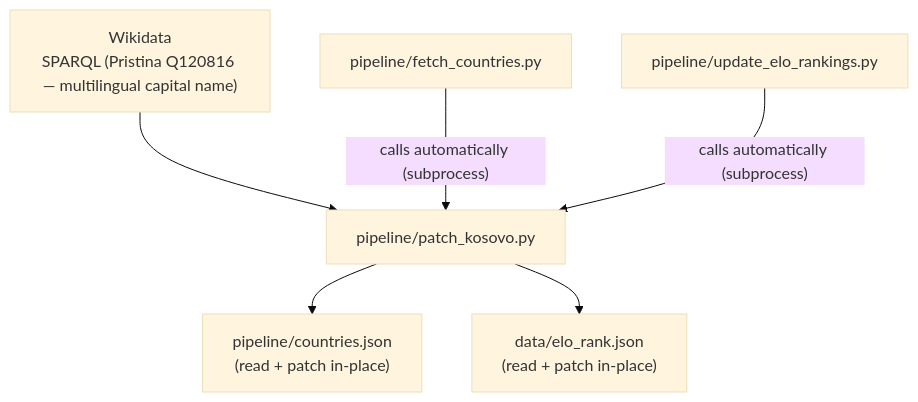
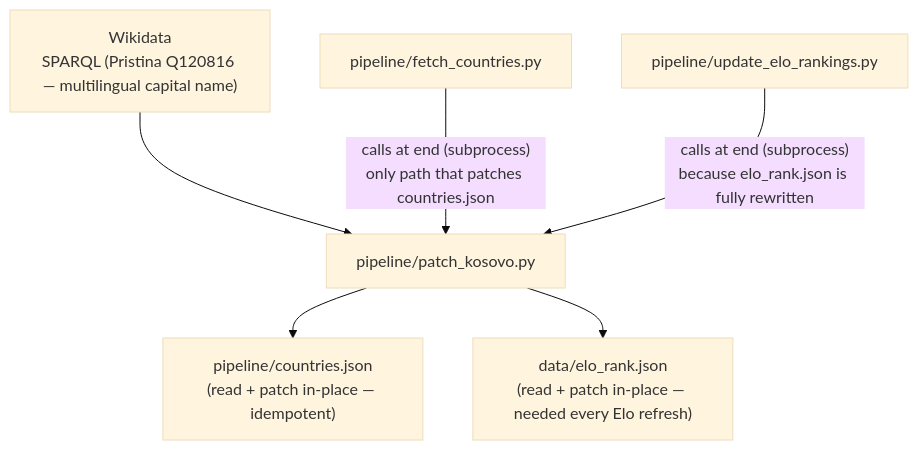
The diagram in patch_kosovo.md (born-in-plays-for/mundial-build), drawn with Mermaid (base theme) before and after one commit. The commit also changed other lines of this file, not shown here.

Commit message:
docs: heavily expand patch_kosovo.md — explain dual motivation and call order

````diff
--- a/patch_kosovo.md
+++ b/patch_kosovo.md
@@ -3,19 +48,17 @@
 ```mermaid
 flowchart TD
     WD["Wikidata\nSPARQL (Pristina Q120816 — multilingual capital name)"]
+    PK["pipeline/patch_kosovo.py"]
+    CJ["pipeline/countries.json\n(read + patch in-place — idempotent)"]
+    EJ["data/elo_rank.json\n(read + patch in-place — needed every Elo refresh)"]
 
-    PK["pipeline/patch_kosovo.py"]
-
-    CJ["pipeline/countries.json\n(read + patch in-place)"]
-    EJ["data/elo_rank.json\n(read + patch in-place)"]
+    FC["pipeline/fetch_countries.py"]
+    UR["pipeline/update_elo_rankings.py"]
 
     WD --> PK
     PK --> CJ
     PK --> EJ
 
-    FC["pipeline/fetch_countries.py"]
-    UR["pipeline/update_elo_rankings.py"]
-
-    FC -->|"calls automatically (subprocess)"| PK
-    UR -->|"calls automatically (subprocess)"| PK
+    FC -->|"calls at end (subprocess)\nonly path that patches countries.json"| PK
+    UR -->|"calls at end (subprocess)\nbecause elo_rank.json is fully rewritten"| PK
 ```
````
